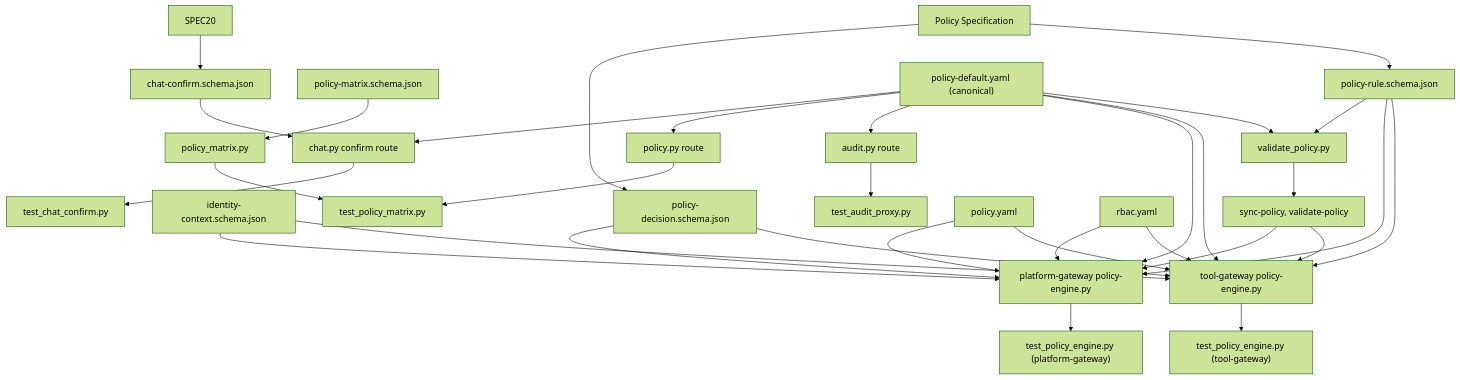
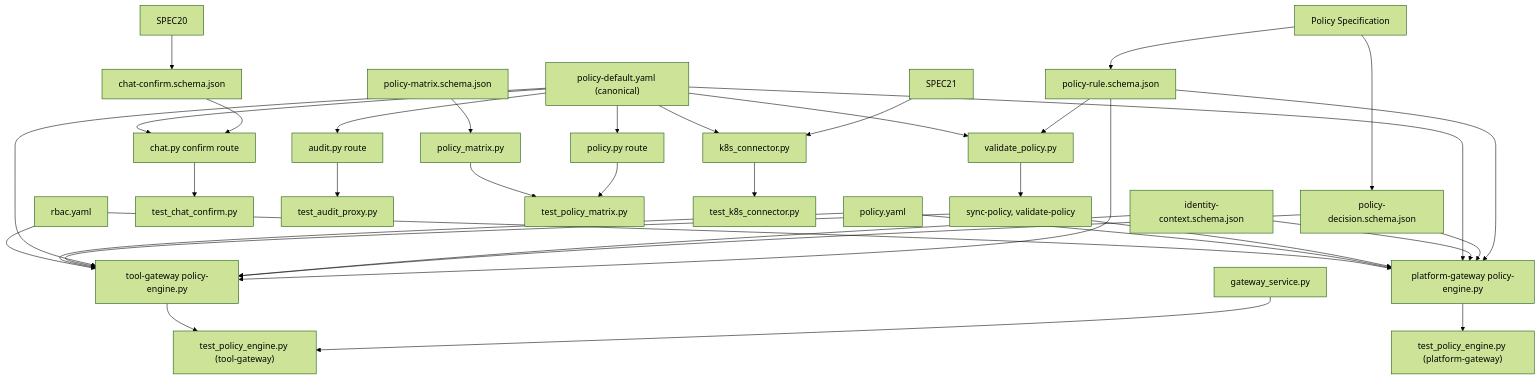
Before and after one commit to metasync/luban-aiops: the fifth of 5 diagrams in .qoder/repowiki/en/content/Policy Management/Policy Management.md, drawn with Mermaid (forest theme). The commit also changed other lines of this file and 43 other files, not shown here.

````diff
--- a/.qoder/repowiki/en/content/Policy Management/Policy Management.md
+++ b/.qoder/repowiki/en/content/Policy Management/Policy Management.md
@@ -722,56 +804,63 @@
 ```mermaid
 graph TB
 POLICY_SPEC["Policy Specification"]
 RULE_SCHEMA["policy-rule.schema.json"]
 DECISION_SCHEMA["policy-decision.schema.json"]
 IDENTITY_SCHEMA["identity-context.schema.json"]
 MATRIX_SCHEMA["policy-matrix.schema.json"]
 CONFIRM_SCHEMA["chat-confirm.schema.json"]
 ENGINE_TOOL["tool-gateway policy-engine.py"]
 ENGINE_PLATFORM["platform-gateway policy-engine.py"]
+GATEWAY_SERVICE["gateway_service.py"]
 MATRIX_ENGINE["policy_matrix.py"]
 CHAT_ROUTE["chat.py confirm route"]
+K8S_CONNECTOR["k8s_connector.py"]
 DEFAULT_YAML["policy-default.yaml (canonical)"]
 TEST_TOOL["test_policy_engine.py (tool-gateway)"]
 TEST_PLATFORM["test_policy_engine.py (platform-gateway)"]
 TEST_CHAT["test_chat_confirm.py"]
 TEST_AUDIT["test_audit_proxy.py"]
 TEST_MATRIX["test_policy_matrix.py"]
+TEST_K8S["test_k8s_connector.py"]
 K8S_POLICY["policy.yaml"]
 K8S_RBAC["rbac.yaml"]
 VALIDATE_SCRIPT["validate_policy.py"]
 MAKEFILE_TARGETS["sync-policy, validate-policy"]
 AUDIT_ROUTE["audit.py route"]
 POLICY_ROUTE["policy.py route"]
 POLICY_SPEC --> RULE_SCHEMA
 POLICY_SPEC --> DECISION_SCHEMA
 SPEC20 --> CONFIRM_SCHEMA
+SPEC21 --> K8S_CONNECTOR
 RULE_SCHEMA --> ENGINE_TOOL
 RULE_SCHEMA --> ENGINE_PLATFORM
 RULE_SCHEMA --> VALIDATE_SCRIPT
 DECISION_SCHEMA --> ENGINE_TOOL
 DECISION_SCHEMA --> ENGINE_PLATFORM
 IDENTITY_SCHEMA --> ENGINE_TOOL
 IDENTITY_SCHEMA --> ENGINE_PLATFORM
 MATRIX_SCHEMA --> MATRIX_ENGINE
 CONFIRM_SCHEMA --> CHAT_ROUTE
 DEFAULT_YAML --> VALIDATE_SCRIPT
 DEFAULT_YAML --> ENGINE_TOOL
 DEFAULT_YAML --> ENGINE_PLATFORM
 DEFAULT_YAML --> AUDIT_ROUTE
 DEFAULT_YAML --> POLICY_ROUTE
 DEFAULT_YAML --> CHAT_ROUTE
+DEFAULT_YAML --> K8S_CONNECTOR
 VALIDATE_SCRIPT --> MAKEFILE_TARGETS
 MAKEFILE_TARGETS --> ENGINE_TOOL
 MAKEFILE_TARGETS --> ENGINE_PLATFORM
+GATEWAY_SERVICE --> TEST_TOOL
+K8S_CONNECTOR --> TEST_K8S
 ENGINE_TOOL --> TEST_TOOL
 ENGINE_PLATFORM --> TEST_PLATFORM
 CHAT_ROUTE --> TEST_CHAT
 AUDIT_ROUTE --> TEST_AUDIT
 POLICY_ROUTE --> TEST_MATRIX
 MATRIX_ENGINE --> TEST_MATRIX
 K8S_POLICY --> ENGINE_TOOL
 K8S_POLICY --> ENGINE_PLATFORM
 K8S_RBAC --> ENGINE_TOOL
 K8S_RBAC --> ENGINE_PLATFORM
 ```
````
